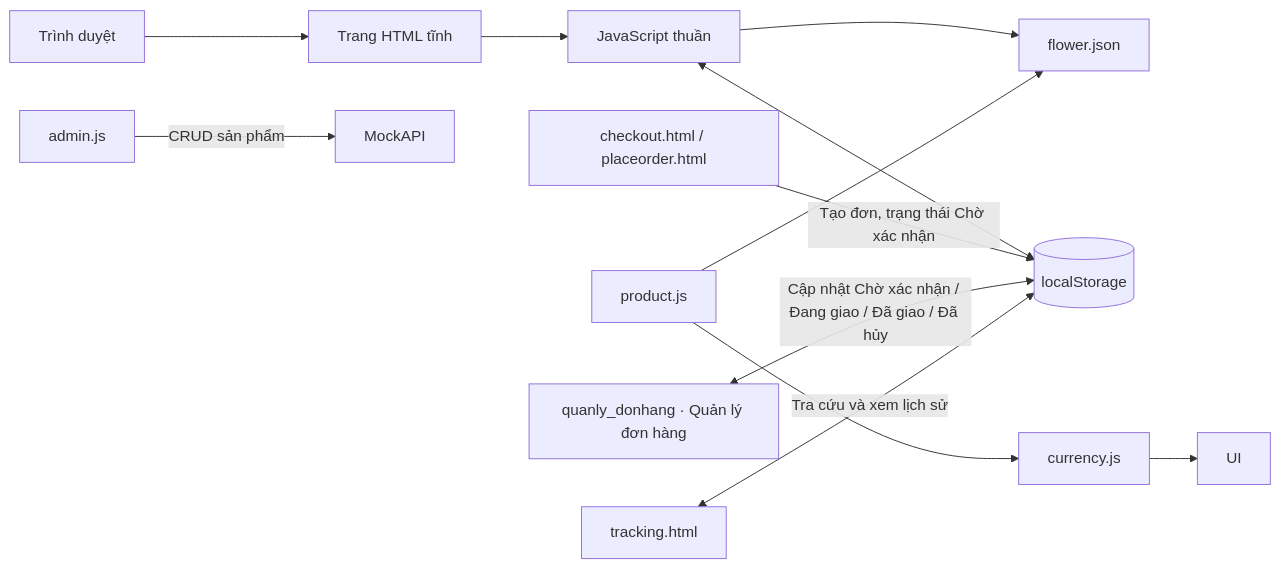
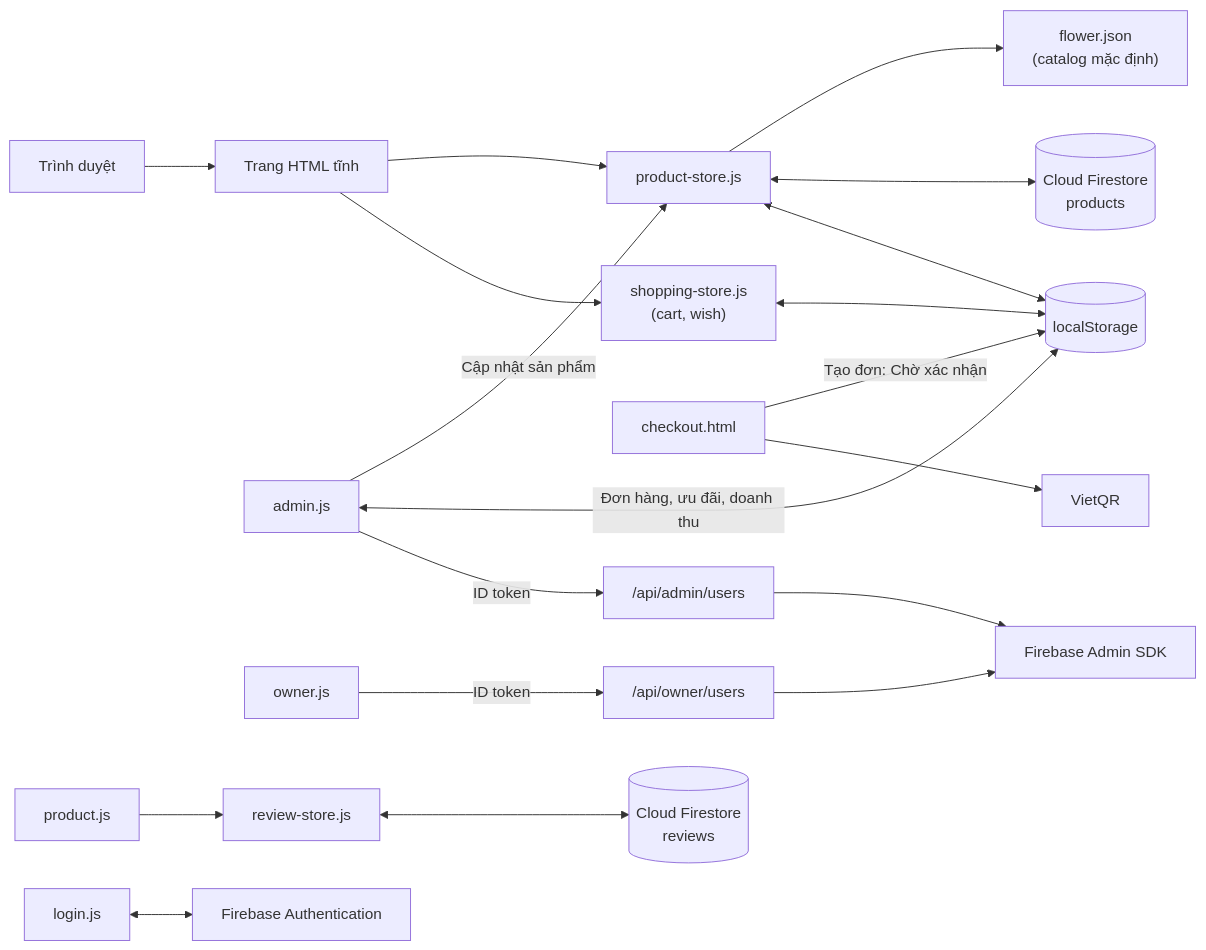
Before and after one commit to Longg5048/flower.com: the diagram in flower.com/README.md, drawn with Mermaid. The commit also changed other lines of this file and 1 other file, not shown here.

````diff
--- a/flower.com/README.md
+++ b/flower.com/README.md
@@ -8,14 +14,19 @@
 ```mermaid
 flowchart LR
-	Browser[Trình duyệt] --> Pages[Trang HTML tĩnh]
-	Pages --> Scripts[JavaScript thuần]
-	Scripts --> Catalog["flower.json"]
-	Scripts <--> Storage[(localStorage)]
-	Admin["admin.js"] -->|CRUD sản phẩm| API[MockAPI]
-	Checkout["checkout.html / placeorder.html"] -->|Tạo đơn, trạng thái Chờ xác nhận| Storage
-	AdminOrders["quanly_donhang · Quản lý đơn hàng"] <-->|Cập nhật Chờ xác nhận / Đang giao / Đã giao / Đã hủy| Storage
-	Tracking["tracking.html"] <-->|Tra cứu và xem lịch sử| Storage
-	Product["product.js"] --> Catalog["flower.json"]
-Product --> Currency["currency.js"]
-Currency --> UI
+    Browser[Trình duyệt] --> Pages[Trang HTML tĩnh]
+    Pages --> Store["product-store.js"]
+    Store --> Catalog["flower.json<br/>(catalog mặc định)"]
+    Store <--> Firestore[(Cloud Firestore<br/>products)]
+    Store <--> Cache[(localStorage)]
+    Pages --> Shopping["shopping-store.js<br/>(cart, wish)"] <--> Cache
+    Checkout["checkout.html"] -->|Tạo đơn: Chờ xác nhận| Cache
+    Checkout --> VietQR[VietQR]
+    Admin["admin.js"] -->|Cập nhật sản phẩm| Store
+    Admin <-->|Đơn hàng, ưu đãi, doanh thu| Cache
+    Admin -->|ID token| AdminAPI["/api/admin/users"]
+    Owner["owner.js"] -->|ID token| OwnerAPI["/api/owner/users"]
+    AdminAPI --> FirebaseAdmin[Firebase Admin SDK]
+    OwnerAPI --> FirebaseAdmin
+    Login["login.js"] <--> Auth[Firebase Authentication]
+    Product["product.js"] --> Reviews["review-store.js"] <--> FsReviews[(Cloud Firestore<br/>reviews)]
 ```
````
